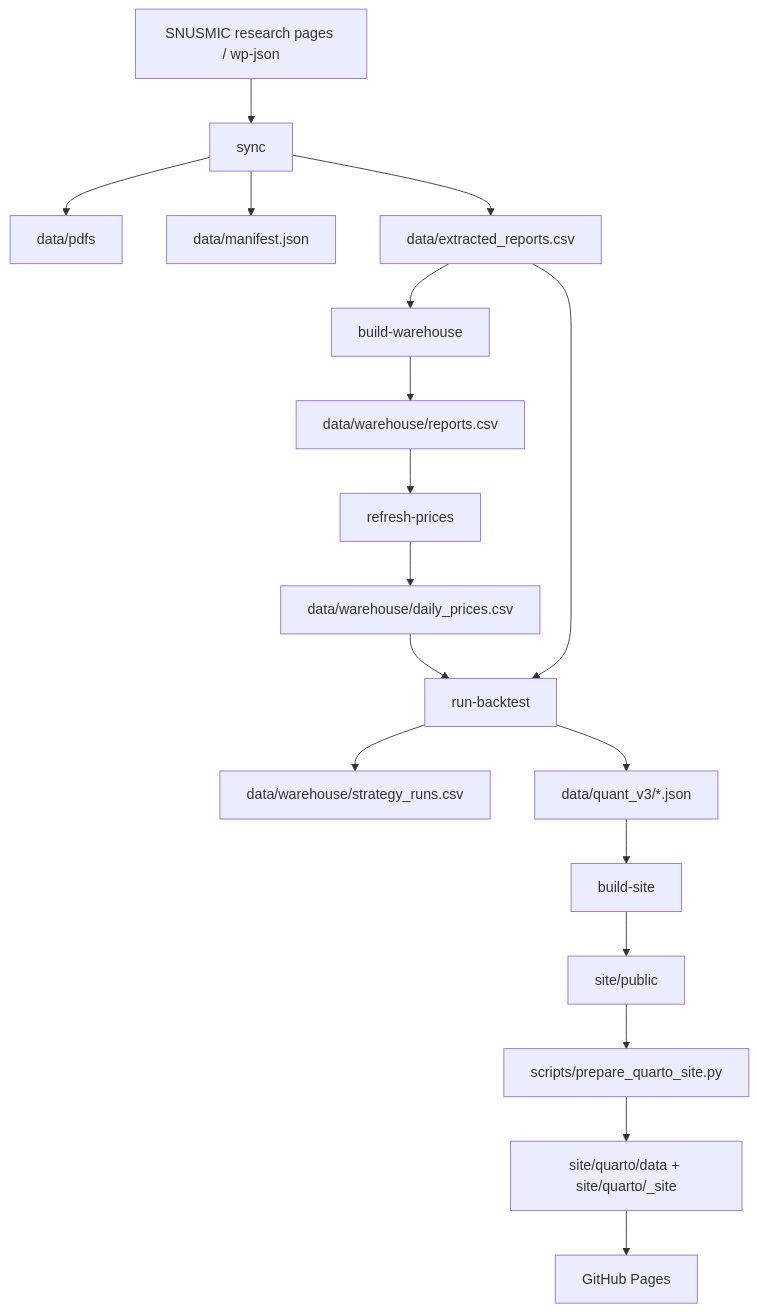
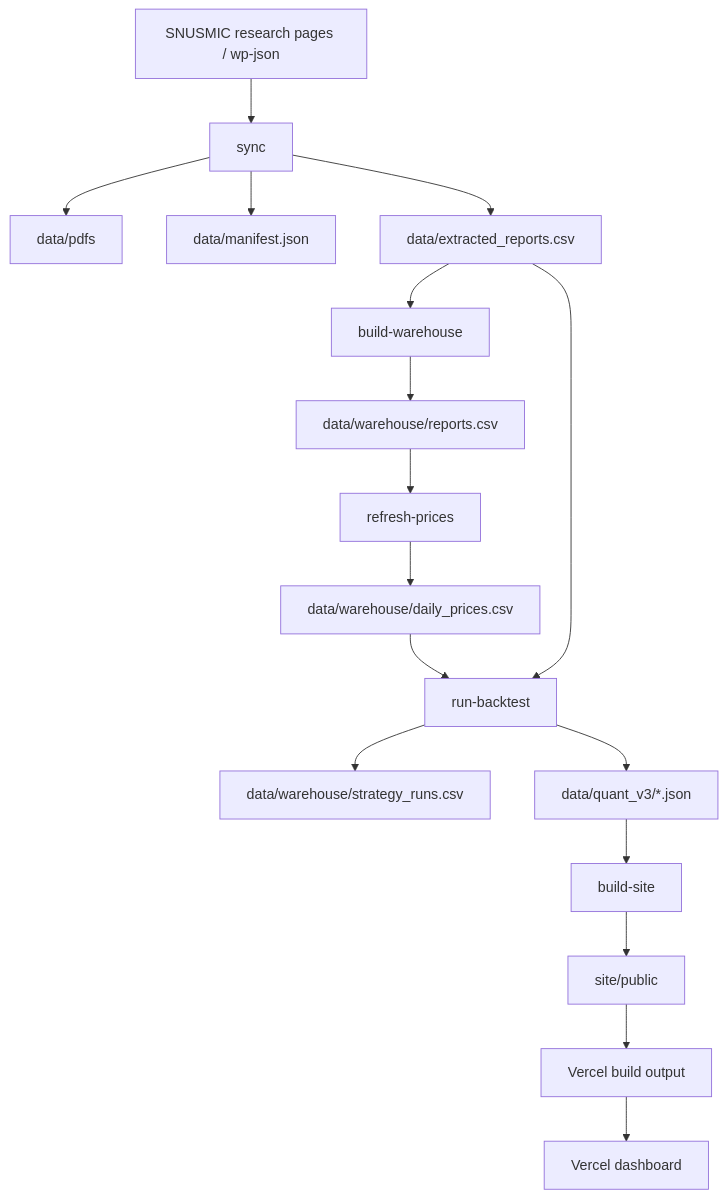
The first of 3 diagrams in README.md (ChoiInYeol/snusmic-quant-terminal), drawn with Mermaid before and after one commit. The commit also changed other lines of this file and 7 other files, not shown here.

First line of the commit message:
Move the dashboard surface to Vercel

````diff
--- a/README.md
+++ b/README.md
@@ -38,20 +38,19 @@
 ```mermaid
 flowchart TD
     A["SNUSMIC research pages / wp-json"] --> B["sync"]
     B --> C["data/pdfs"]
     B --> D["data/manifest.json"]
     B --> E["data/extracted_reports.csv"]
     E --> F["build-warehouse"]
     F --> G["data/warehouse/reports.csv"]
     G --> H["refresh-prices"]
     H --> I["data/warehouse/daily_prices.csv"]
     I --> J["run-backtest"]
     E --> J
     J --> K["data/warehouse/strategy_runs.csv"]
     J --> L["data/quant_v3/*.json"]
     L --> M["build-site"]
     M --> N["site/public"]
-    N --> O["scripts/prepare_quarto_site.py"]
-    O --> P["site/quarto/data + site/quarto/_site"]
-    P --> Q["GitHub Pages"]
+    N --> O["Vercel build output"]
+    O --> P["Vercel dashboard"]
 ```
````
